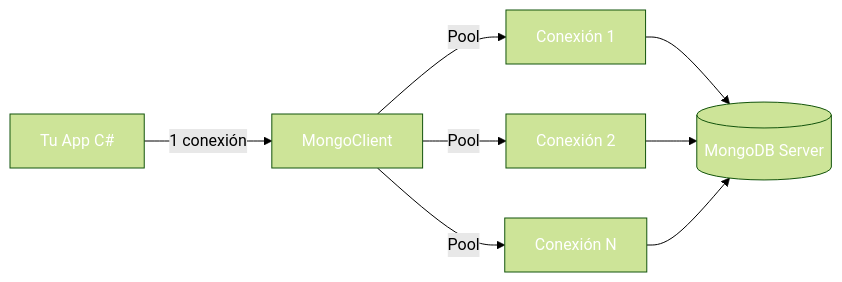
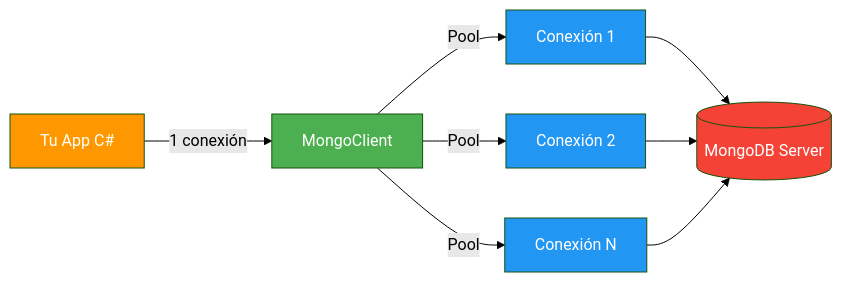
Before and after one commit to joseluisgs/DesarrolloWebEntornosServidor-02-2026-2027: the fifth of 9 diagrams in 13-mongodb.md, drawn with Mermaid (forest theme). The commit also changed other lines of this file, not shown here.

````diff
--- a/13-mongodb.md
+++ b/13-mongodb.md
@@ -401,17 +465,17 @@
 ```mermaid
 graph LR
     APP[Tu App C#] -->|1 conexión| MC[MongoClient]
     MC -->|Pool| P1[Conexión 1]
     MC -->|Pool| P2[Conexión 2]
     MC -->|Pool| PN[Conexión N]
     P1 --> DB[(MongoDB Server)]
     P2 --> DB
     PN --> DB
 
-    style APP fill:#FF980,color:#fff0,color:#fff
-    style MC fill:#4CAF5,color:#fff0,color:#fff
-    style P1 fill:#2196F,color:#fff3,color:#fff
-    style P2 fill:#2196F,color:#fff3,color:#fff
-    style PN fill:#2196F,color:#fff3,color:#fff
-    style DB fill:#f4433,color:#fff6,color:#fff
+    style APP fill:#FF9800,color:#fff
+    style MC fill:#4CAF50,color:#fff
+    style P1 fill:#2196F3,color:#fff
+    style P2 fill:#2196F3,color:#fff
+    style PN fill:#2196F3,color:#fff
+    style DB fill:#f44336,color:#fff
 ```
````
